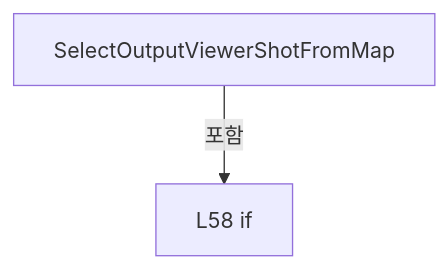
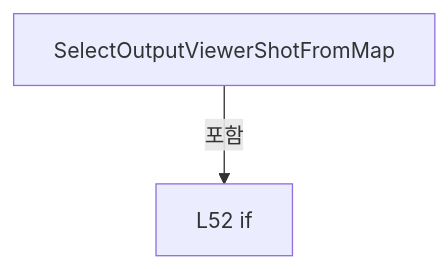
One commit to kjuws10-rgb/Shared changed the third of 6 diagrams in A3 LD Code Ref/files/Drilling.UI/Views/CCorrectionView.xaml.cs.md. Above: the diagram before and after it, drawn with Mermaid. The commit also changed other lines of this file and 1984 other files, not shown here.

Commit message:
docs(a3): update 11.17.0 architecture and complete code reference

````diff
--- a/A3 LD Code Ref/files/Drilling.UI/Views/CCorrectionView.xaml.cs.md
+++ b/A3 LD Code Ref/files/Drilling.UI/Views/CCorrectionView.xaml.cs.md
@@ -256,6 +247,6 @@
 ```mermaid
 flowchart TD
  M["SelectOutputViewerShotFromMap"]
- N0["L58 if"]
+ N0["L52 if"]
  M -->|포함| N0
 ```
````
